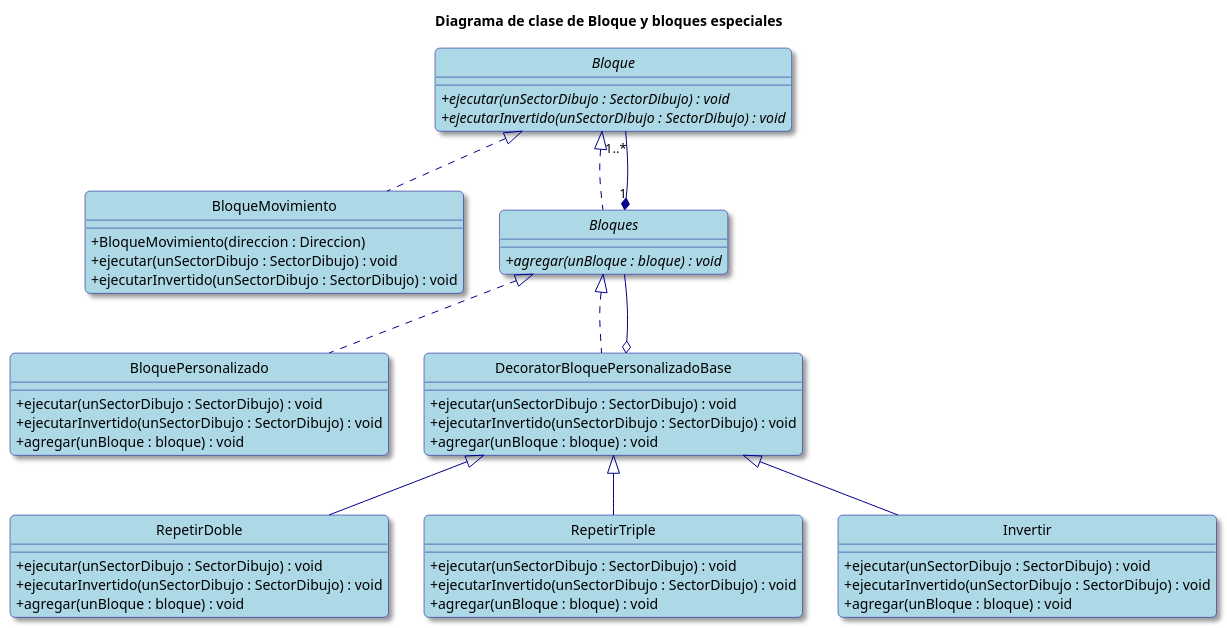
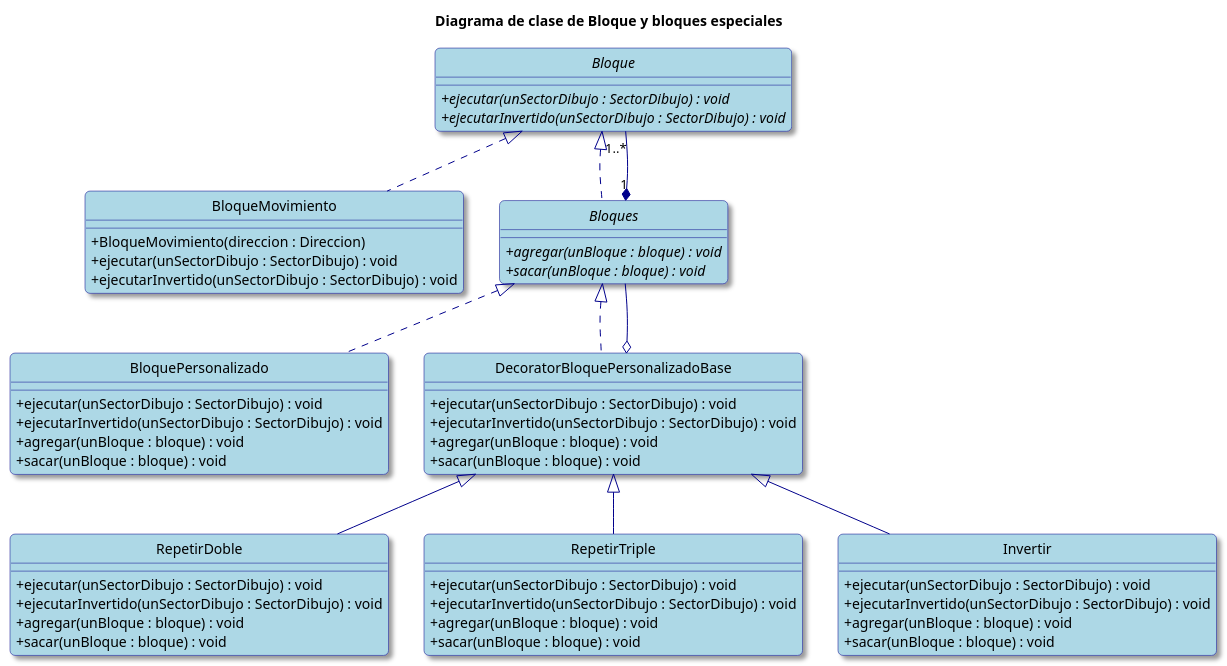
The fourth of 4 diagrams in diagramas-clases.puml (valva-ro/Algo3-TP2-AlgoBlocks), drawn with PlantUML before and after one commit. The commit also changed other lines of this file, not shown here.

Commit message:
docs: Agregue el metodo sacar(unBloque) en las clases que faltaba

```diff
--- a/diagramas-clases.puml
+++ b/diagramas-clases.puml
@@ -192,67 +192,73 @@
 @startuml
 hide circle
 skinparam classAttributeIconSize 0
 skinparam backgroundColor White
 skinparam RoundCorner 10
 skinparam Shadowing true
 skinparam class {
     ArrowColor DarkBlue
     BackgroundColor LightBlue
     BorderColor DarkBlue
 }
 skinparam note {
     BackgroundColor LightYellow
     BorderColor DarkBlue
 }
 
 title Diagrama de clase de Bloque y bloques especiales
 
 interface Bloque {
     + {abstract} ejecutar(unSectorDibujo : SectorDibujo) : void
     + {abstract} ejecutarInvertido(unSectorDibujo : SectorDibujo) : void
 
 }
 class BloqueMovimiento {
     + BloqueMovimiento(direccion : Direccion)
     + ejecutar(unSectorDibujo : SectorDibujo) : void
     + ejecutarInvertido(unSectorDibujo : SectorDibujo) : void
 }
 interface Bloques {
     + {abstract} agregar(unBloque : bloque) : void
+    + {abstract} sacar(unBloque : bloque) : void
 }
 class BloquePersonalizado {
     + ejecutar(unSectorDibujo : SectorDibujo) : void
     + ejecutarInvertido(unSectorDibujo : SectorDibujo) : void
     + agregar(unBloque : bloque) : void
+    + sacar(unBloque : bloque) : void
 }
 class RepetirDoble {
     + ejecutar(unSectorDibujo : SectorDibujo) : void
     + ejecutarInvertido(unSectorDibujo : SectorDibujo) : void
     + agregar(unBloque : bloque) : void
+    + sacar(unBloque : bloque) : void
 }
 class RepetirTriple {
     + ejecutar(unSectorDibujo : SectorDibujo) : void
     + ejecutarInvertido(unSectorDibujo : SectorDibujo) : void
     + agregar(unBloque : bloque) : void
+    + sacar(unBloque : bloque) : void
 }
 class Invertir {
     + ejecutar(unSectorDibujo : SectorDibujo) : void
     + ejecutarInvertido(unSectorDibujo : SectorDibujo) : void
     + agregar(unBloque : bloque) : void
+    + sacar(unBloque : bloque) : void
 }
 class DecoratorBloquePersonalizadoBase {
     + ejecutar(unSectorDibujo : SectorDibujo) : void
     + ejecutarInvertido(unSectorDibujo : SectorDibujo) : void
     + agregar(unBloque : bloque) : void
+    + sacar(unBloque : bloque) : void
 }
 
 Bloque <|.. Bloques
 Bloques "1" *-- "1..*" Bloque
 Bloques <|.. BloquePersonalizado
 Bloques <|.. DecoratorBloquePersonalizadoBase
 DecoratorBloquePersonalizadoBase o-- Bloques
 DecoratorBloquePersonalizadoBase <|-- RepetirDoble
 DecoratorBloquePersonalizadoBase <|-- RepetirTriple
 DecoratorBloquePersonalizadoBase <|-- Invertir
 Bloque <|.. BloqueMovimiento
 @enduml
```
